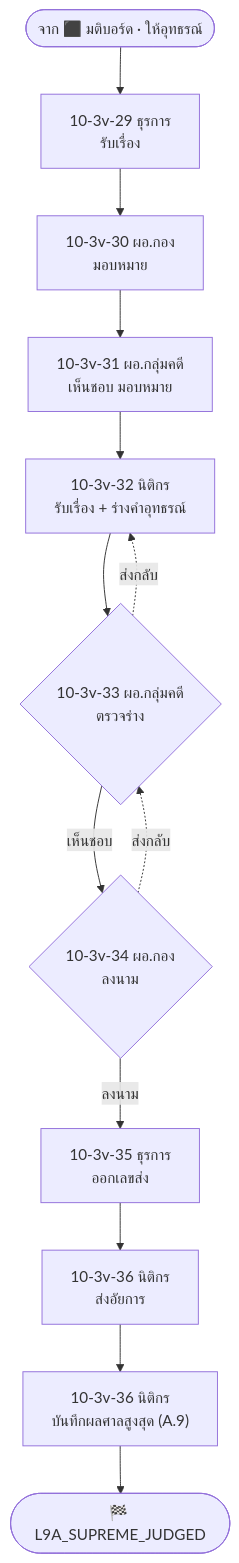
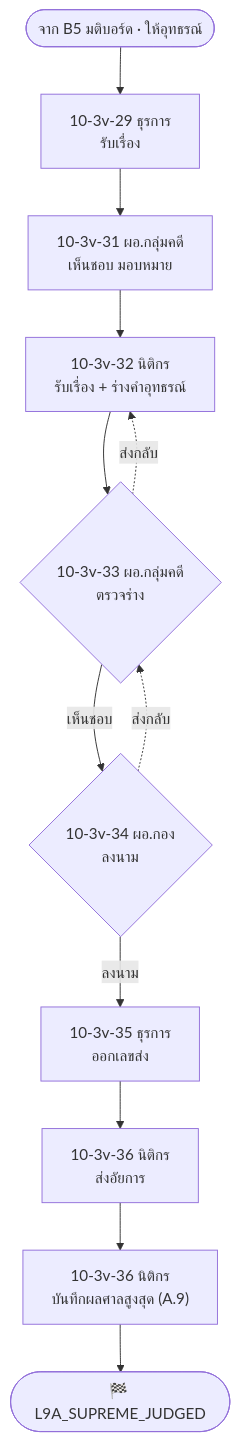
One commit to varitthon/E-CMIS-A4 changed diagram 11 of 13 in docs/activity10-flow-10.3.md. Above: the diagram before and after it, drawn with Mermaid. The commit also changed other lines of this file and 181 other files, not shown here.

First line of the commit message:
feat: ปรับ flow หลังประชุมคณะกรรมการ 14/10 — ตัดขั้นตอนมอบหมาย ผอ.กฎหมาย + เพิ่มระบบคำพิพากษา

````diff
--- a/docs/activity10-flow-10.3.md
+++ b/docs/activity10-flow-10.3.md
@@ -297,9 +318,9 @@
 ```mermaid
 flowchart TD
-  S(["จาก ⬛ มติบอร์ด · ให้อุทธรณ์"]) --> A29["10-3v-29 ธุรการ<br/>รับเรื่อง"] --> A30["10-3v-30 ผอ.กอง<br/>มอบหมาย"] --> A31["10-3v-31 ผอ.กลุ่มคดี<br/>เห็นชอบ มอบหมาย"] --> A32["10-3v-32 นิติกร<br/>รับเรื่อง + ร่างคำอุทธรณ์"] --> A33{"10-3v-33 ผอ.กลุ่มคดี<br/>ตรวจร่าง"}
+  S(["จาก B5 มติบอร์ด · ให้อุทธรณ์"]) --> A29["10-3v-29 ธุรการ<br/>รับเรื่อง"] --> A31["10-3v-31 ผอ.กลุ่มคดี<br/>เห็นชอบ มอบหมาย"] --> A32["10-3v-32 นิติกร<br/>รับเรื่อง + ร่างคำอุทธรณ์"] --> A33{"10-3v-33 ผอ.กลุ่มคดี<br/>ตรวจร่าง"}
   A33 -. ส่งกลับ .-> A32
   A33 -- เห็นชอบ --> A34{"10-3v-34 ผอ.กอง<br/>ลงนาม"}
   A34 -. ส่งกลับ .-> A33
   A34 -- ลงนาม --> A35["10-3v-35 ธุรการ<br/>ออกเลขส่ง"] --> A36["10-3v-36 นิติกร<br/>ส่งอัยการ"] --> A36b["10-3v-36 นิติกร<br/>บันทึกผลศาลสูงสุด (A.9)"] --> T(["🏁 L9A_SUPREME_JUDGED"])
   classDef ext fill:#eeeeee,stroke:#999999,stroke-dasharray:5 5,color:#555555
 ```
````
